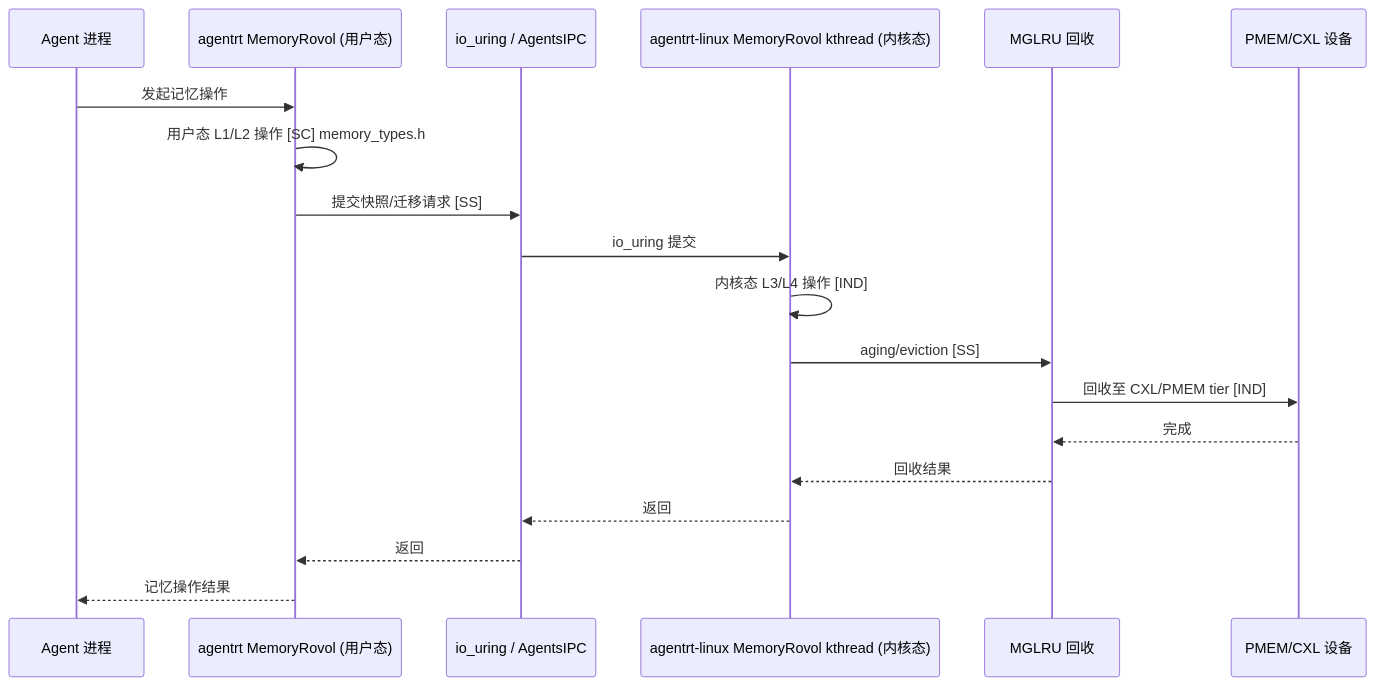
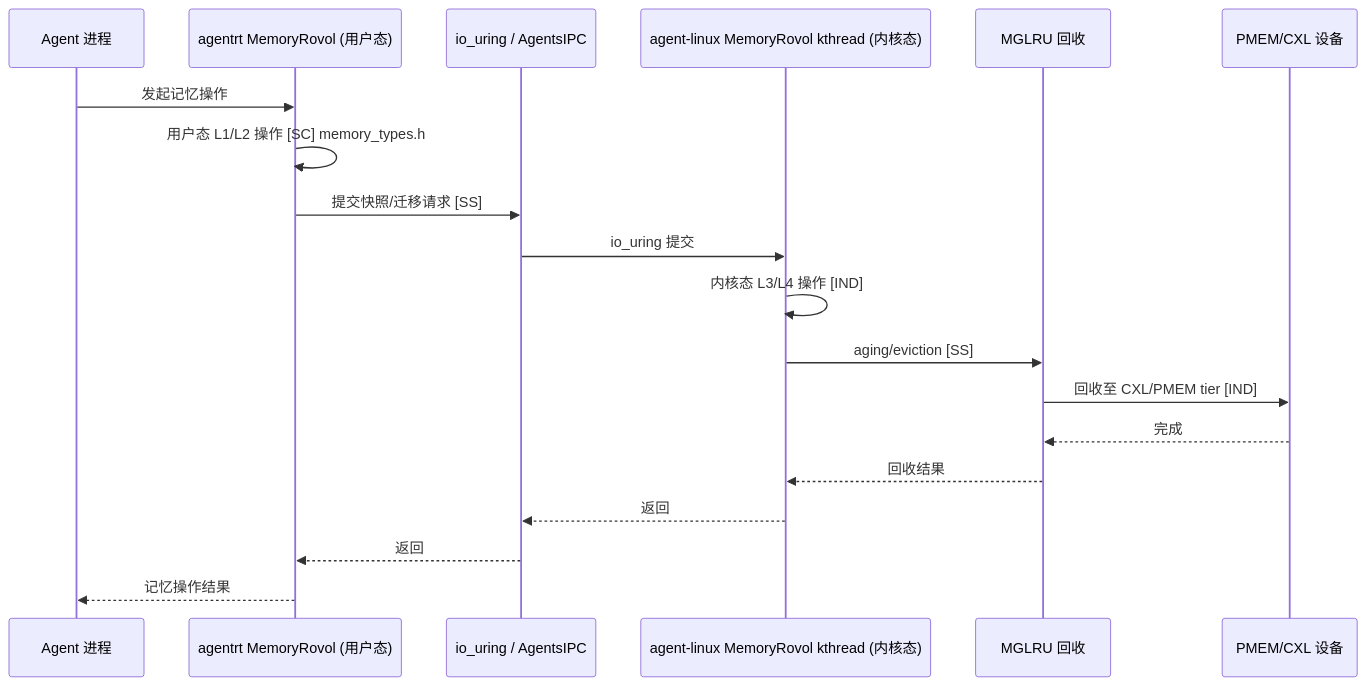
One commit to openairymax/docs-linux changed the second of 2 diagrams in 20-modules/04-memory.md. Above: the diagram before and after it, drawn with Mermaid. The commit also changed other lines of this file and 172 other files, not shown here.

Commit message:
docs: rename agentrt-linux to agent-linux across docs v0.1.3 双工程结构：agentrt-linux 改名 agent-linux。docs 全仓 186 个 文件中的 agentrt-linux 引用统一为 agent-linux（AirymaxOS 工程名/ URL/路径引用；commit hash 与历史不变）。

````diff
--- a/20-modules/04-memory.md
+++ b/20-modules/04-memory.md
@@ -690,22 +690,22 @@
 ```mermaid
 sequenceDiagram
     participant AGENT as Agent 进程
     participant ROV_U as agentrt MemoryRovol (用户态)
     participant IPC as io_uring / AgentsIPC
-    participant ROV_K as agentrt-linux MemoryRovol kthread (内核态)
+    participant ROV_K as agent-linux MemoryRovol kthread (内核态)
     participant MGLRU as MGLRU 回收
     participant PMEM as PMEM/CXL 设备
 
     AGENT->>ROV_U: 发起记忆操作
     ROV_U->>ROV_U: 用户态 L1/L2 操作 [SC] memory_types.h
     ROV_U->>IPC: 提交快照/迁移请求 [SS]
     IPC->>ROV_K: io_uring 提交
     ROV_K->>ROV_K: 内核态 L3/L4 操作 [IND]
     ROV_K->>MGLRU: aging/eviction [SS]
     MGLRU->>PMEM: 回收至 CXL/PMEM tier [IND]
     PMEM-->>MGLRU: 完成
     MGLRU-->>ROV_K: 回收结果
     ROV_K-->>IPC: 返回
     IPC-->>ROV_U: 返回
     ROV_U-->>AGENT: 记忆操作结果
 ```
````
